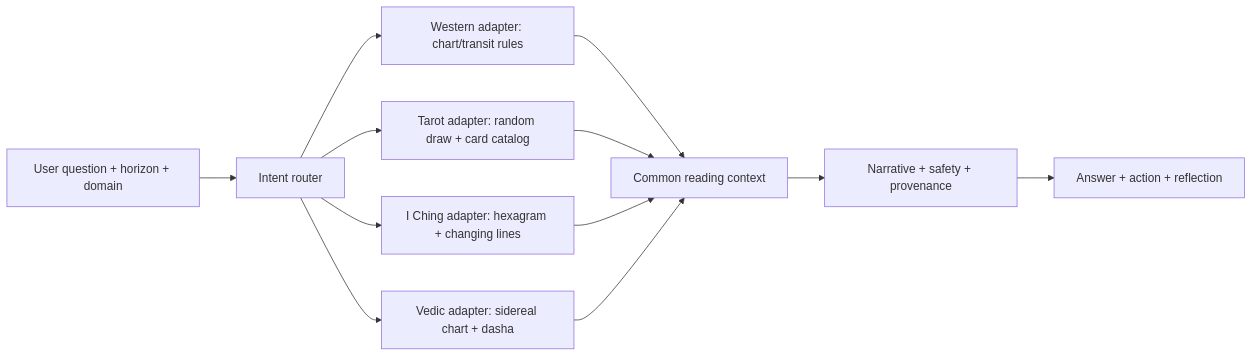
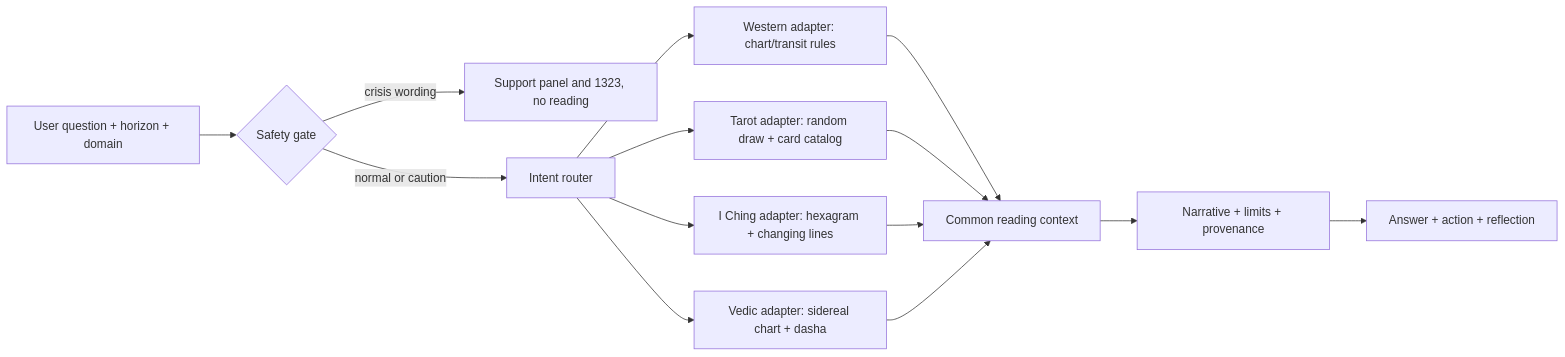
Before and after one commit to Dxrksvng/AIdailyFortune: the first of 3 diagrams in ANSWER.md, drawn with Mermaid. The commit also changed other lines of this file, not shown here.

First line of the commit message:
docs: sync ANSWER.md with 2 Oct PDF (safety gate, 1323 crisis path, Thai custom, differentiators)

````diff
--- a/ANSWER.md
+++ b/ANSWER.md
@@ -42,14 +66,16 @@
 ```mermaid
 flowchart LR
-    Q[User question + horizon + domain] --> R[Intent router]
+    Q[User question + horizon + domain] --> G{Safety gate}
+    G -->|crisis wording| H[Support panel and 1323, no reading]
+    G -->|normal or caution| R[Intent router]
     R --> W[Western adapter: chart/transit rules]
     R --> T[Tarot adapter: random draw + card catalog]
     R --> I[I Ching adapter: hexagram + changing lines]
     R --> V[Vedic adapter: sidereal chart + dasha]
     W --> C[Common reading context]
     T --> C
     I --> C
     V --> C
-    C --> N[Narrative + safety + provenance]
+    C --> N[Narrative + limits + provenance]
     N --> F[Answer + action + reflection]
 ```
````
